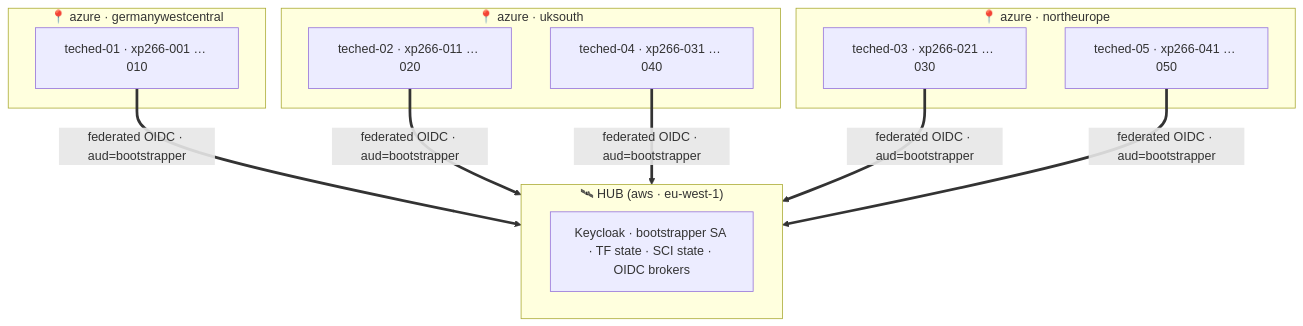
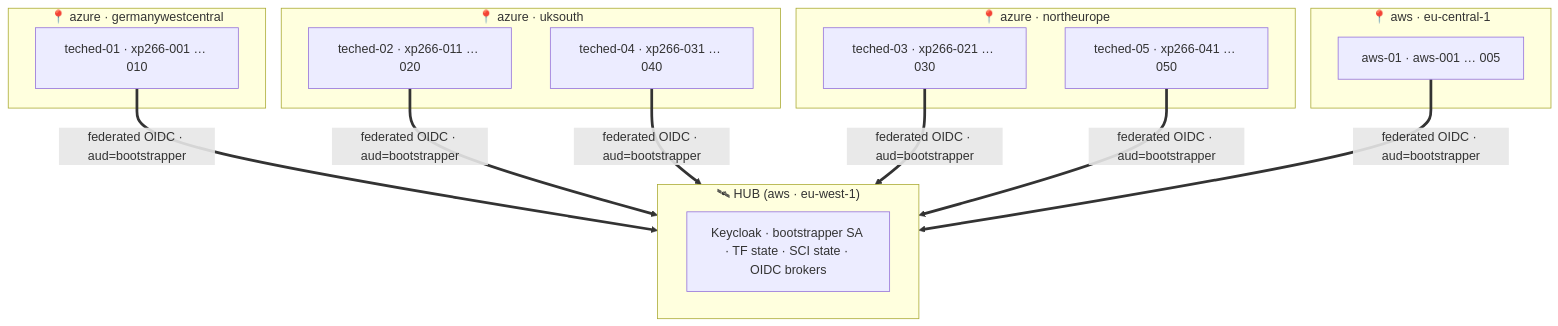
The fourth of 4 diagrams in exercises/ex0/README.md (SAP-samples/teched2026-XP266), drawn with Mermaid before and after one commit.

Commit message:
docs(ex0): add aws-01 shard to fleet-topology mermaid

````diff
--- a/exercises/ex0/README.md
+++ b/exercises/ex0/README.md
@@ -353,18 +353,21 @@
 ```mermaid
 flowchart TB
     subgraph HUB["🛰 HUB  (aws · eu-west-1)"]
       HA["Keycloak · bootstrapper SA · TF state · SCI state · OIDC brokers"]
     end
     subgraph GWC["📍 azure · germanywestcentral"]
       T1["teched-01 · xp266-001 … 010"]
     end
     subgraph UKS["📍 azure · uksouth"]
       T2["teched-02 · xp266-011 … 020"]
       T4["teched-04 · xp266-031 … 040"]
     end
     subgraph NEU["📍 azure · northeurope"]
       T3["teched-03 · xp266-021 … 030"]
       T5["teched-05 · xp266-041 … 050"]
     end
-    T1 & T2 & T3 & T4 & T5 ==> |"federated OIDC · aud=bootstrapper"| HUB
+    subgraph AWS["📍 aws · eu-central-1"]
+      A1["aws-01 · aws-001 … 005"]
+    end
+    T1 & T2 & T3 & T4 & T5 & A1 ==> |"federated OIDC · aud=bootstrapper"| HUB
 ```
````
